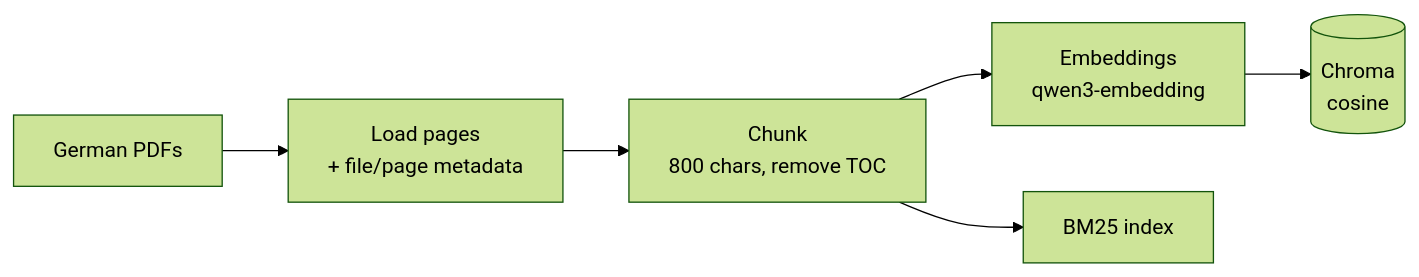
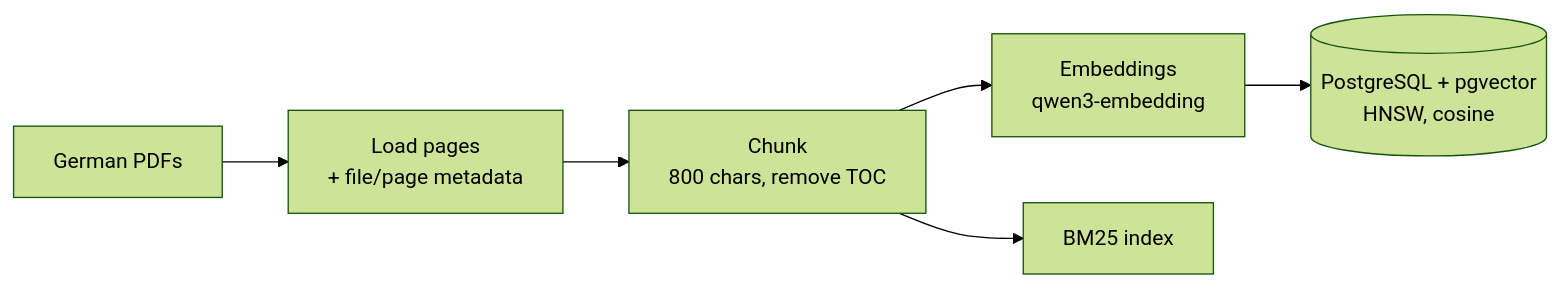
The first of 2 diagrams in README.md (pratham636/german-rag-assistant), drawn with Mermaid (forest theme) before and after one commit. The commit also changed other lines of this file, not shown here.

Commit message:
README: PostgreSQL + pgvector

````diff
--- a/README.md
+++ b/README.md
@@ -37,8 +39,8 @@
 ```mermaid
 flowchart LR
     A[German PDFs] --> B[Load pages<br/>+ file/page metadata]
     B --> C[Chunk<br/>800 chars, remove TOC]
     C --> D[Embeddings<br/>qwen3-embedding]
-    D --> E[(Chroma<br/>cosine)]
+    D --> E[(PostgreSQL + pgvector<br/>HNSW, cosine)]
     C --> F[BM25 index]
 ```
````
